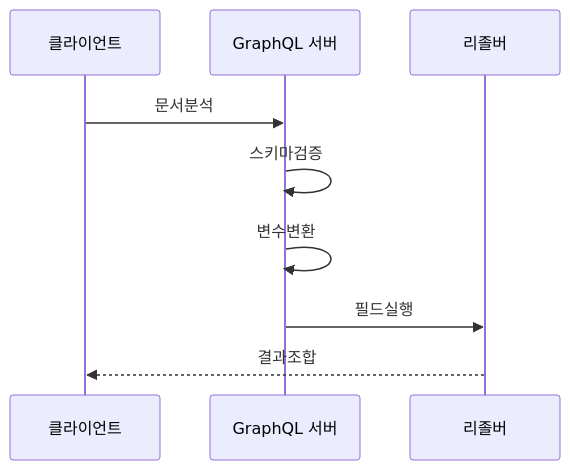
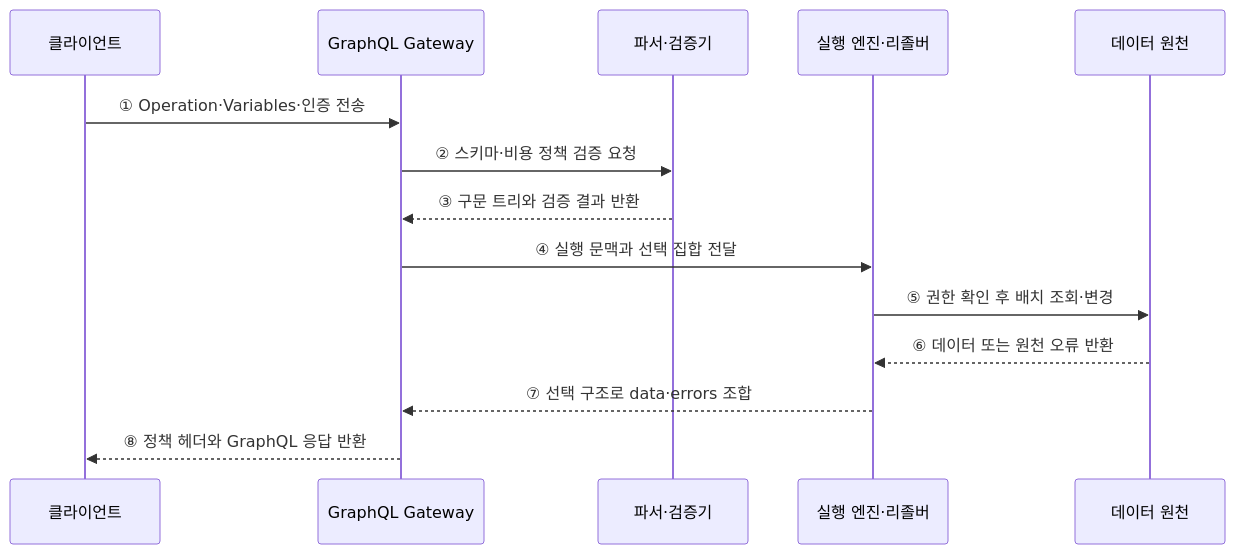
Before and after one commit to agnusdei1207/knowledge-base: the second of 2 diagrams in src/content/docs/notes/03-software/172_graphql.md, drawn with Mermaid. The commit also changed other lines of this file and 20 other files, not shown here.

````diff
--- a/src/content/docs/notes/03-software/172_graphql.md
+++ b/src/content/docs/notes/03-software/172_graphql.md
@@ -92,11 +73,16 @@
 ```mermaid
 sequenceDiagram
     participant C as 클라이언트
-    participant G as GraphQL 서버
-    participant R as 리졸버
-    C->>G: 문서분석
-    G->>G: 스키마검증
-    G->>G: 변수변환
-    G->>R: 필드실행
-    R-->>C: 결과조합
+    participant G as GraphQL Gateway
+    participant V as 파서·검증기
+    participant E as 실행 엔진·리졸버
+    participant D as 데이터 원천
+    C->>G: ① Operation·Variables·인증 전송
+    G->>V: ② 스키마·비용 정책 검증 요청
+    V-->>G: ③ 구문 트리와 검증 결과 반환
+    G->>E: ④ 실행 문맥과 선택 집합 전달
+    E->>D: ⑤ 권한 확인 후 배치 조회·변경
+    D-->>E: ⑥ 데이터 또는 원천 오류 반환
+    E-->>G: ⑦ 선택 구조로 data·errors 조합
+    G-->>C: ⑧ 정책 헤더와 GraphQL 응답 반환
 ```
````
